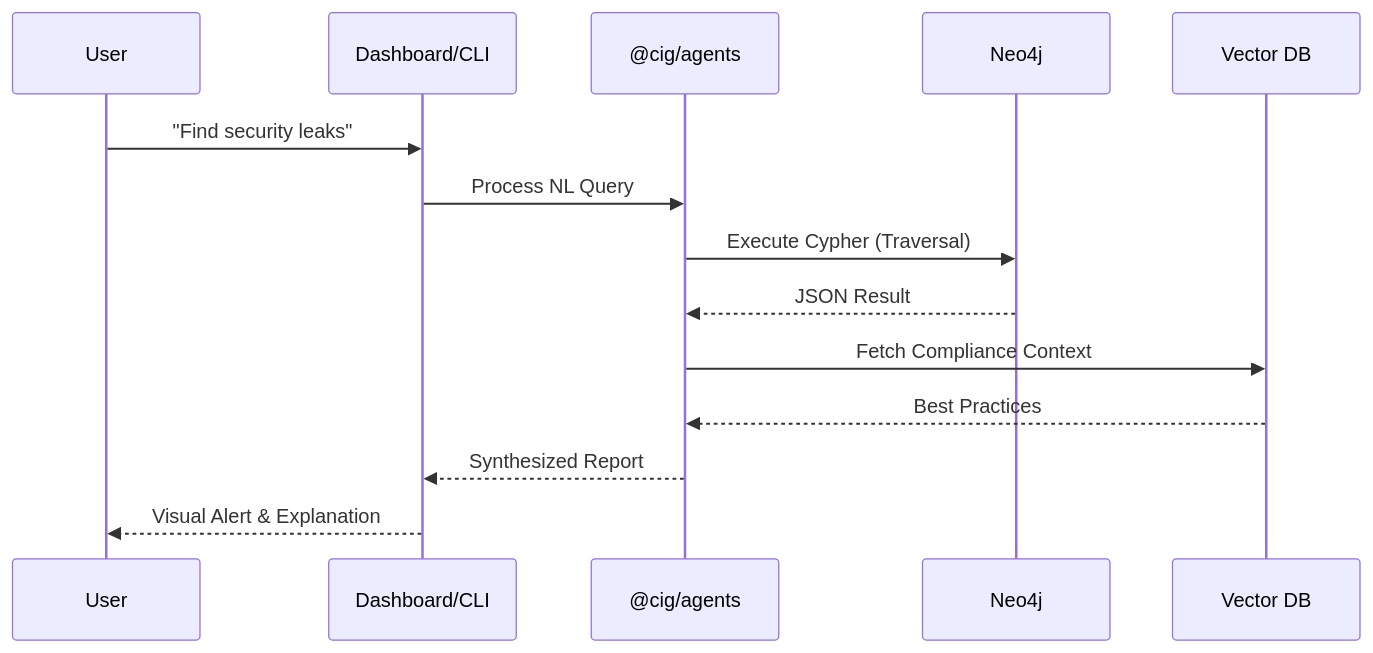
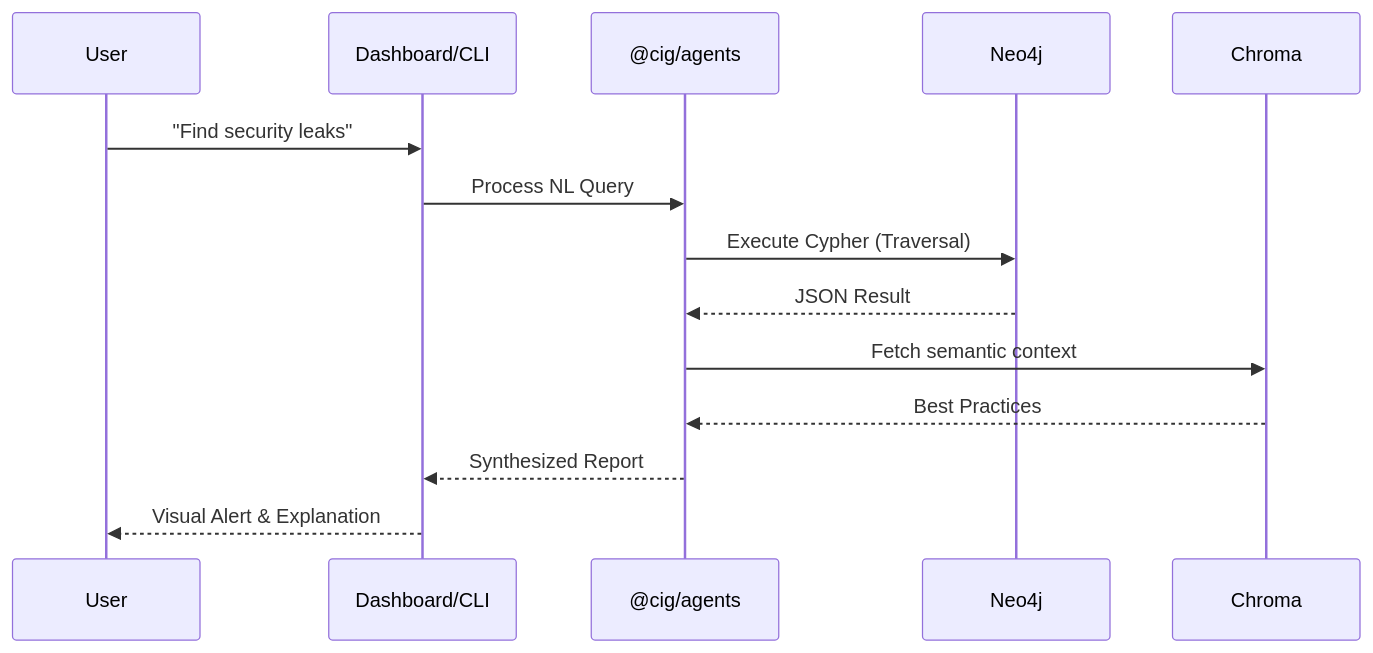
One commit to edwardcalderon/ComputeIntelligenceGraph changed the diagram in apps/docs/docs/en/architecture/system-design.md. Above: the diagram before and after it, drawn with Mermaid. The commit also changed other lines of this file and 36 other files, not shown here.

````diff
--- a/apps/docs/docs/en/architecture/system-design.md
+++ b/apps/docs/docs/en/architecture/system-design.md
@@ -62,17 +62,17 @@
 ```mermaid
 sequenceDiagram
     participant User
     participant App as Dashboard/CLI
     participant Agent as @cig/agents
     participant Graph as Neo4j
-    participant RAG as Vector DB
-    
+    participant RAG as Chroma
+
     User->>App: "Find security leaks"
     App->>Agent: Process NL Query
     Agent->>Graph: Execute Cypher (Traversal)
     Graph-->>Agent: JSON Result
-    Agent->>RAG: Fetch Compliance Context
+    Agent->>RAG: Fetch semantic context
     RAG-->>Agent: Best Practices
     Agent-->>App: Synthesized Report
     App-->>User: Visual Alert & Explanation
 ```
````
